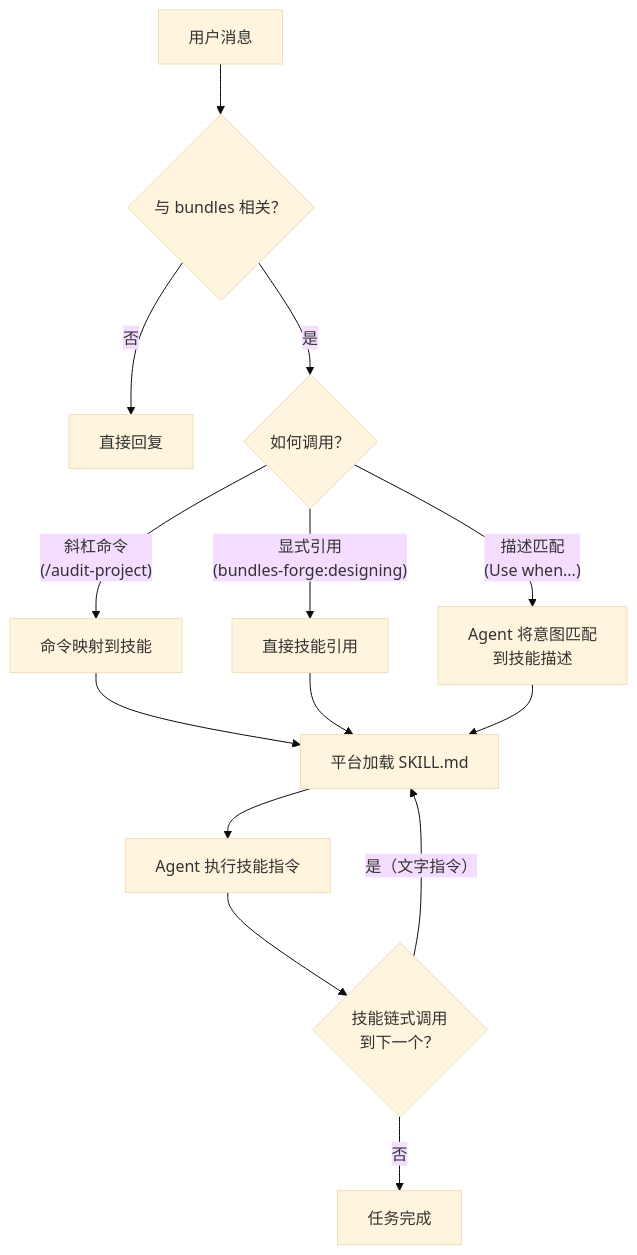
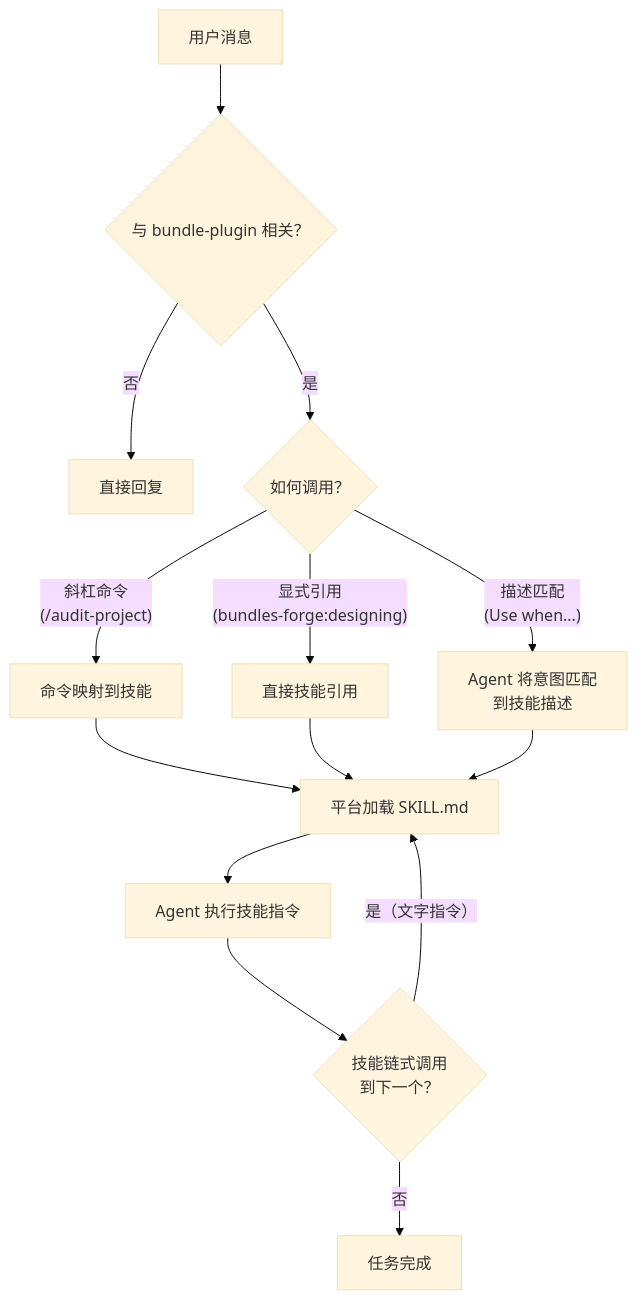
Before and after one commit to OdradekAI/skill-engineering-guide: the third of 4 diagrams in README.zh.md, drawn with Mermaid (base theme). The commit also changed other lines of this file and 36 other files, not shown here.

````diff
--- a/README.zh.md
+++ b/README.zh.md
@@ -108,16 +108,16 @@
 ```mermaid
 flowchart TD
-    Input["用户消息"] --> Check{"与 bundles 相关？"}
+    Input["用户消息"] --> Check{"与 bundle-plugin 相关？"}
     Check -->|否| Direct["直接回复"]
     Check -->|是| How{"如何调用？"}
     How -->|"斜杠命令\n(/audit-project)"| Cmd["命令映射到技能"]
     How -->|"显式引用\n(bundles-forge:designing)"| Ref["直接技能引用"]
     How -->|"描述匹配\n(Use when...)"| Match["Agent 将意图匹配\n到技能描述"]
     Cmd --> Load["平台加载 SKILL.md"]
     Ref --> Load
     Match --> Load
     Load --> Follow["Agent 执行技能指令"]
     Follow --> Chain{"技能链式调用\n到下一个？"}
     Chain -->|"是（文字指令）"| Load
     Chain -->|否| Done["任务完成"]
 ```
````
